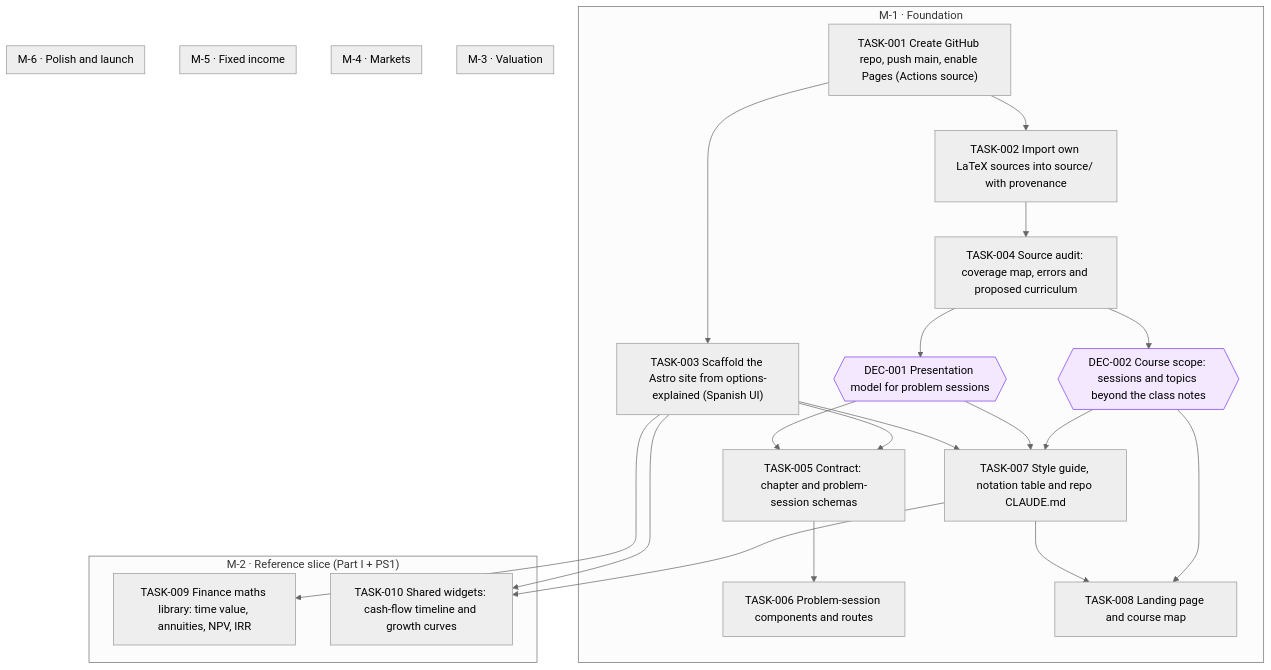
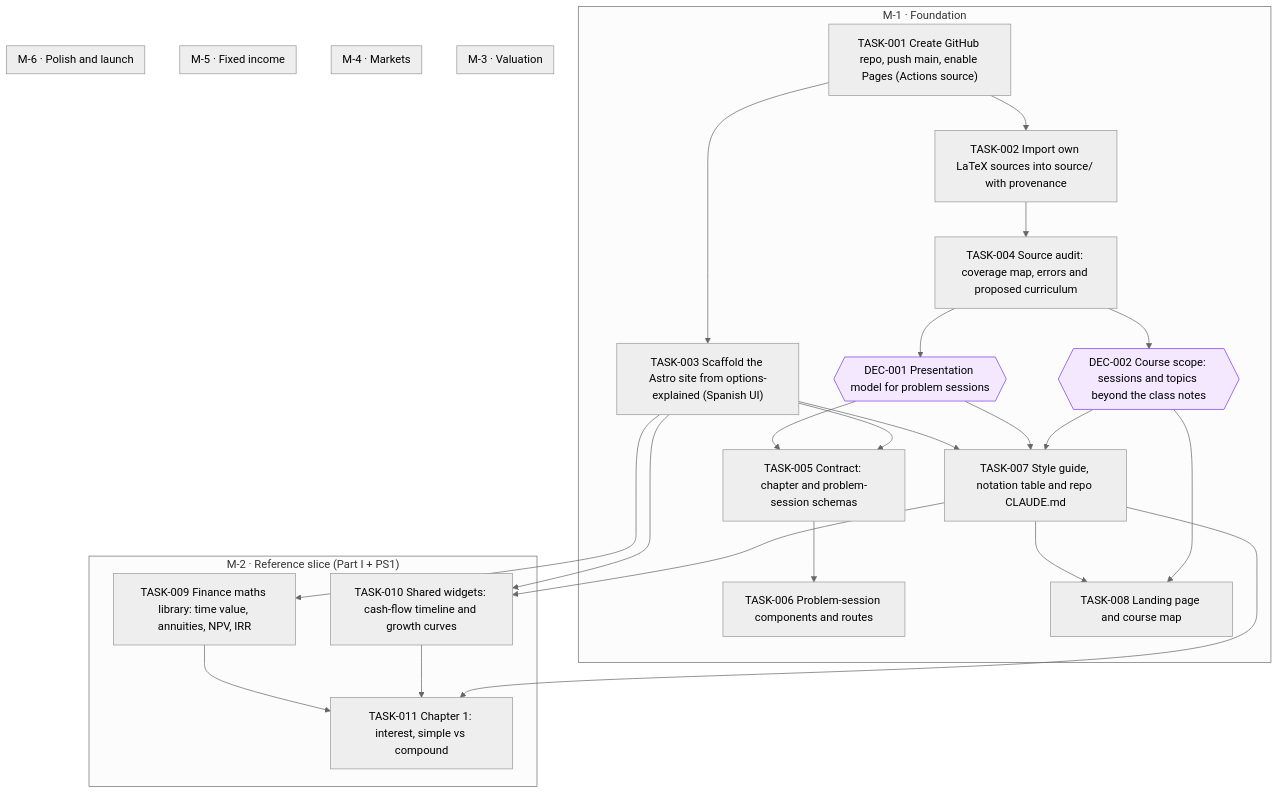
One commit to jesusvillota/economia-financiera changed the diagram in goals/course-site/README.md. Above: the diagram before and after it, drawn with Mermaid (neutral theme). The commit also changed 1 other file, not shown here.

Commit message:
goal(course-site): add TASK-011 Chapter 1: interest, simple vs compound

````diff
--- a/goals/course-site/README.md
+++ b/goals/course-site/README.md
@@ -19,48 +19,52 @@
 ```mermaid
 flowchart TD
   subgraph M_1["M-1 · Foundation"]
     DEC_001{{"DEC-001 Presentation model for problem sessions"}}
     DEC_002{{"DEC-002 Course scope: sessions and topics beyond the class notes"}}
     TASK_001["TASK-001 Create GitHub repo, push main, enable Pages (Actions source)"]
     TASK_002["TASK-002 Import own LaTeX sources into source/ with provenance"]
     TASK_003["TASK-003 Scaffold the Astro site from options-explained (Spanish UI)"]
     TASK_004["TASK-004 Source audit: coverage map, errors and proposed curriculum"]
     TASK_005["TASK-005 Contract: chapter and problem-session schemas"]
     TASK_006["TASK-006 Problem-session components and routes"]
     TASK_007["TASK-007 Style guide, notation table and repo CLAUDE.md"]
     TASK_008["TASK-008 Landing page and course map"]
   end
   subgraph M_2["M-2 · Reference slice (Part I + PS1)"]
     TASK_009["TASK-009 Finance maths library: time value, annuities, NPV, IRR"]
     TASK_010["TASK-010 Shared widgets: cash-flow timeline and growth curves"]
+    TASK_011["TASK-011 Chapter 1: interest, simple vs compound"]
   end
   subgraph M_3["M-3 · Valuation"]
   end
   subgraph M_4["M-4 · Markets"]
   end
   subgraph M_5["M-5 · Fixed income"]
   end
   subgraph M_6["M-6 · Polish and launch"]
   end
   TASK_004 --> DEC_001
   TASK_004 --> DEC_002
   TASK_001 --> TASK_002
   TASK_001 --> TASK_003
   TASK_002 --> TASK_004
   DEC_001 --> TASK_005
   TASK_003 --> TASK_005
   TASK_005 --> TASK_006
   TASK_003 --> TASK_007
   DEC_001 --> TASK_007
   DEC_002 --> TASK_007
   TASK_007 --> TASK_008
   DEC_002 --> TASK_008
   TASK_003 --> TASK_009
   TASK_003 --> TASK_010
   TASK_007 --> TASK_010
+  TASK_009 --> TASK_011
+  TASK_010 --> TASK_011
+  TASK_007 --> TASK_011
   classDef draft stroke-dasharray: 4 3
   classDef cancelled opacity:0.45
   classDef decision fill:#f3e8ff,stroke:#7c3aed
   class DEC_001 decision
   class DEC_002 decision
 ```
````
